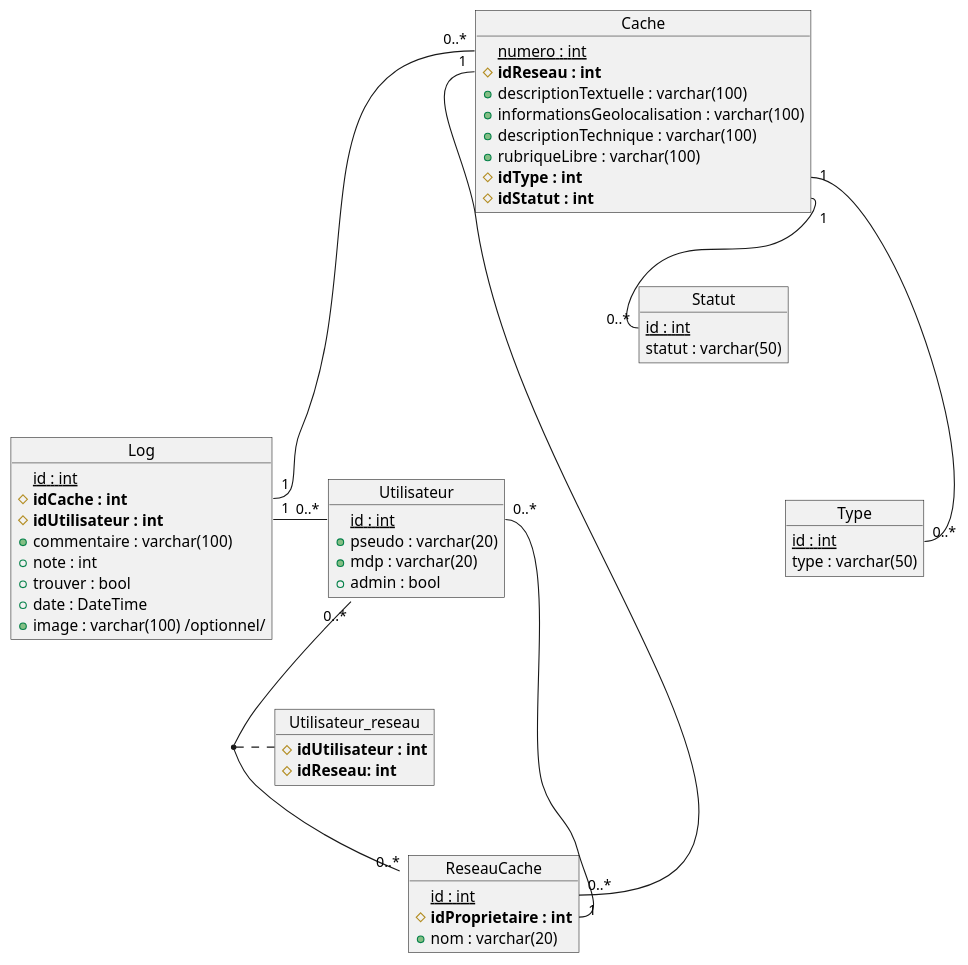
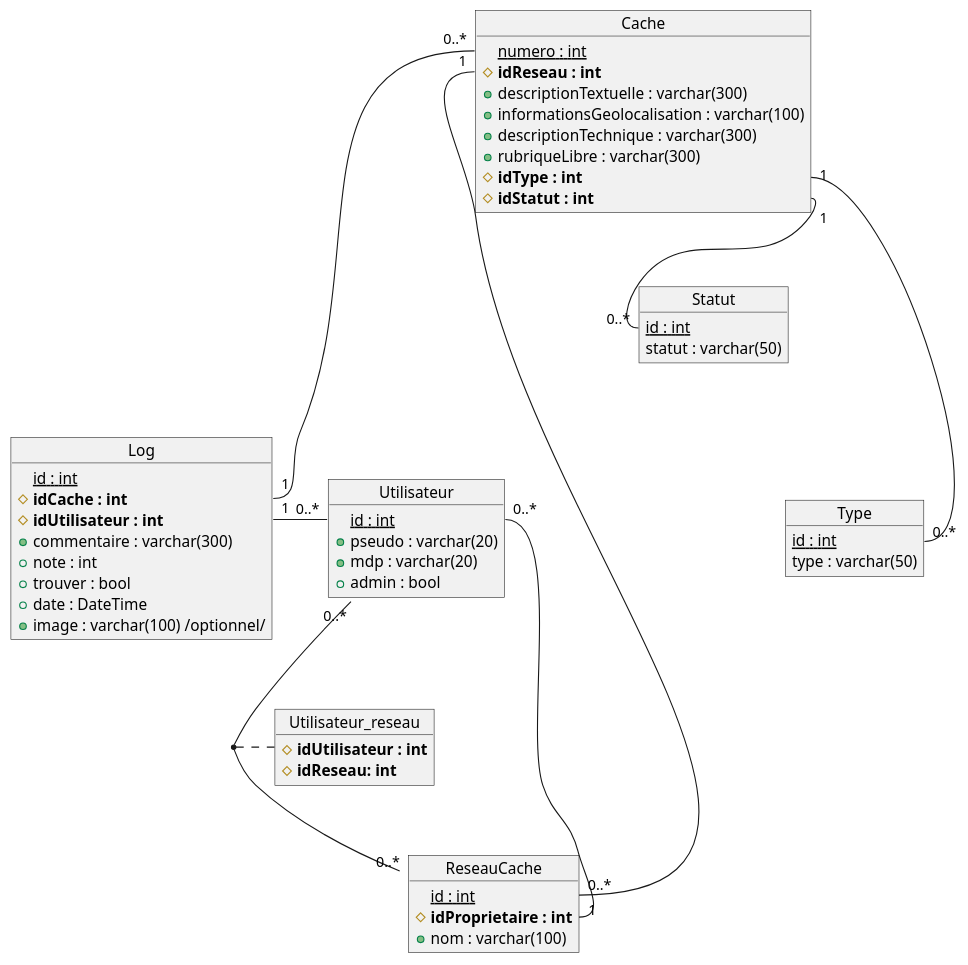
Before and after one commit to Thomas-Duthoit/ge-OO-cache: the diagram in conception/UML/MPD_V2.puml, drawn with PlantUML.

Commit message:
varchar modif

```diff
--- a/conception/UML/MPD_V2.puml
+++ b/conception/UML/MPD_V2.puml
@@ -2,65 +2,65 @@
 @startuml
 
 object Utilisateur{
   {static} id : int
   + pseudo : varchar(20)
   + mdp : varchar(20)
   + admin : bool
 }
 
 object ReseauCache{
   {static} id : int
   # <b>idProprietaire : int</b>
-  + nom : varchar(20)
+  + nom : varchar(100)
 }
 
 object Utilisateur_reseau{
   # <b>idUtilisateur : int</b>
   # <b>idReseau: int</b>
 }
 
 object Cache{
   {static} numero : int
   # <b>idReseau : int</b>
-  + descriptionTextuelle : varchar(100)
+  + descriptionTextuelle : varchar(300)
   + informationsGeolocalisation : varchar(100) 
-  + descriptionTechnique : varchar(100) 
-  + rubriqueLibre : varchar(100)
+  + descriptionTechnique : varchar(300) 
+  + rubriqueLibre : varchar(300)
   # <b>idType : int</b>
   # <b>idStatut : int</b>
 }
 
 object Log{
   {static} id : int
   # <b>idCache : int</b>
   # <b>idUtilisateur : int</b>
-  + commentaire : varchar(100)
+  + commentaire : varchar(300)
   + note : int
   + trouver : bool
   + date : DateTime
   + image : varchar(100) /optionnel/
 }
 
 object Statut{
   {static} id : int 
   statut : varchar(50)
 }
 
 object Type{
   {static} id : int 
   type : varchar(50) 
 }
 
 Utilisateur "0..*" -- "0..*" ReseauCache 
 (Utilisateur, ReseauCache) . Utilisateur_reseau
 
 Cache::idReseau "1" --- "0..*" ReseauCache::id 
 
 Cache::numero "0..*" --- "1" Log::idCache
 Utilisateur::id "0..*" -- "1" ReseauCache::idProprietaire
 Log::idUtilisateur "1" - "0..*" Utilisateur::id
 
 Cache::idStatut "1" -- "0..*" Statut::id
 Cache::idType "1" --- "0..*" Type::id
 
 @enduml
```
